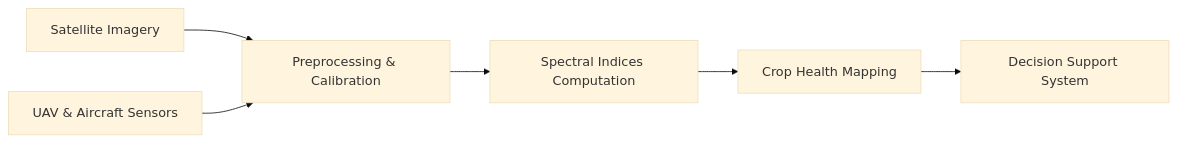
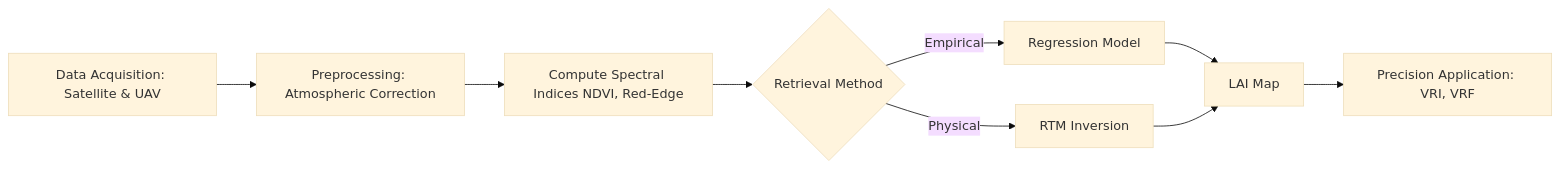
Before and after one commit to 00113844/AGRI4401_website: the second of 9 diagrams in presentations/presentation.qmd, drawn with Mermaid (base theme). The commit also changed other lines of this file and 4 other files, not shown here.

````diff
--- a/presentations/presentation.qmd
+++ b/presentations/presentation.qmd
@@ -195,8 +241,11 @@
-```mermaid
-flowchart LR
-  SAT[Satellite Imagery] --> PREP[Preprocessing & Calibration]
-  UAV[UAV & Aircraft Sensors] --> PREP
-  PREP --> IND[Spectral Indices Computation]
-  IND --> MAP[Crop Health Mapping]
-  MAP --> DSS[Decision Support System]
+```{mermaid}
+graph LR
+  A[Data Acquisition: Satellite & UAV] --> B[Preprocessing: Atmospheric Correction]
+  B --> C[Compute Spectral Indices NDVI, Red-Edge]
+  C --> D{Retrieval Method}
+  D -->|Empirical| E[Regression Model]
+  D -->|Physical| F[RTM Inversion]
+  E --> G[LAI Map]
+  F --> G[LAI Map]
+  G --> H[Precision Application: VRI, VRF]
 ```
````
